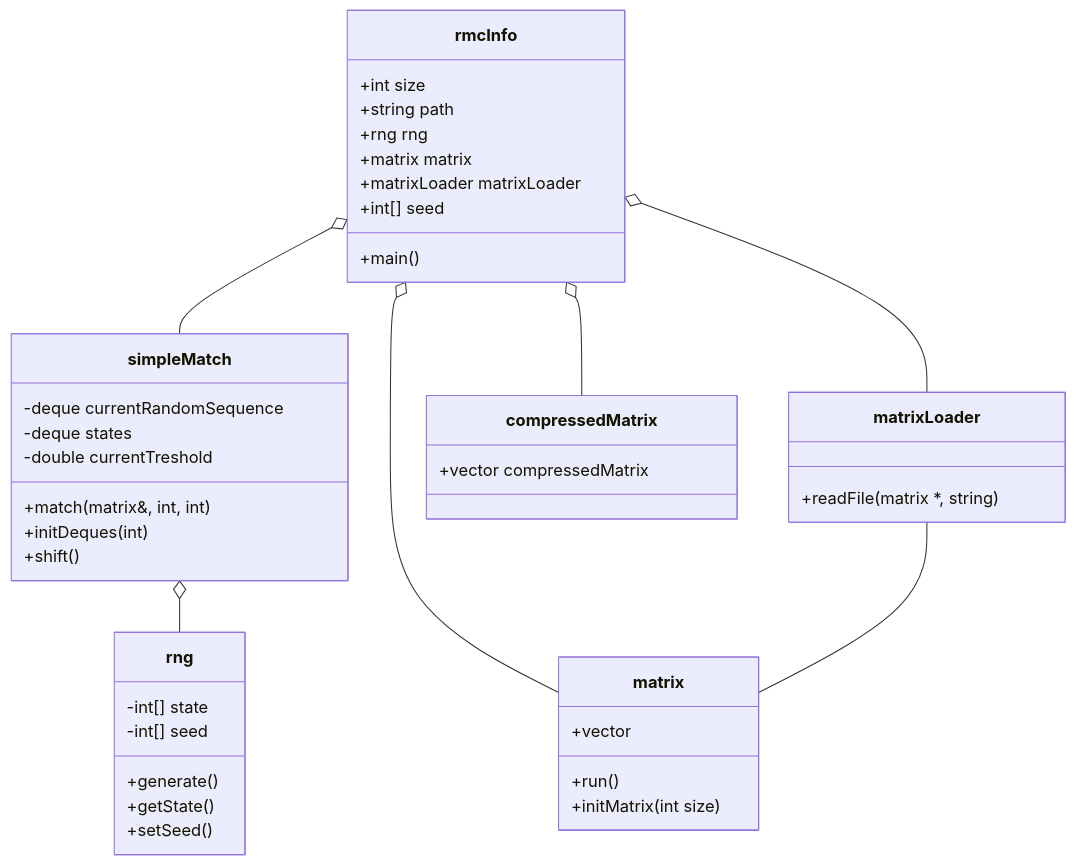
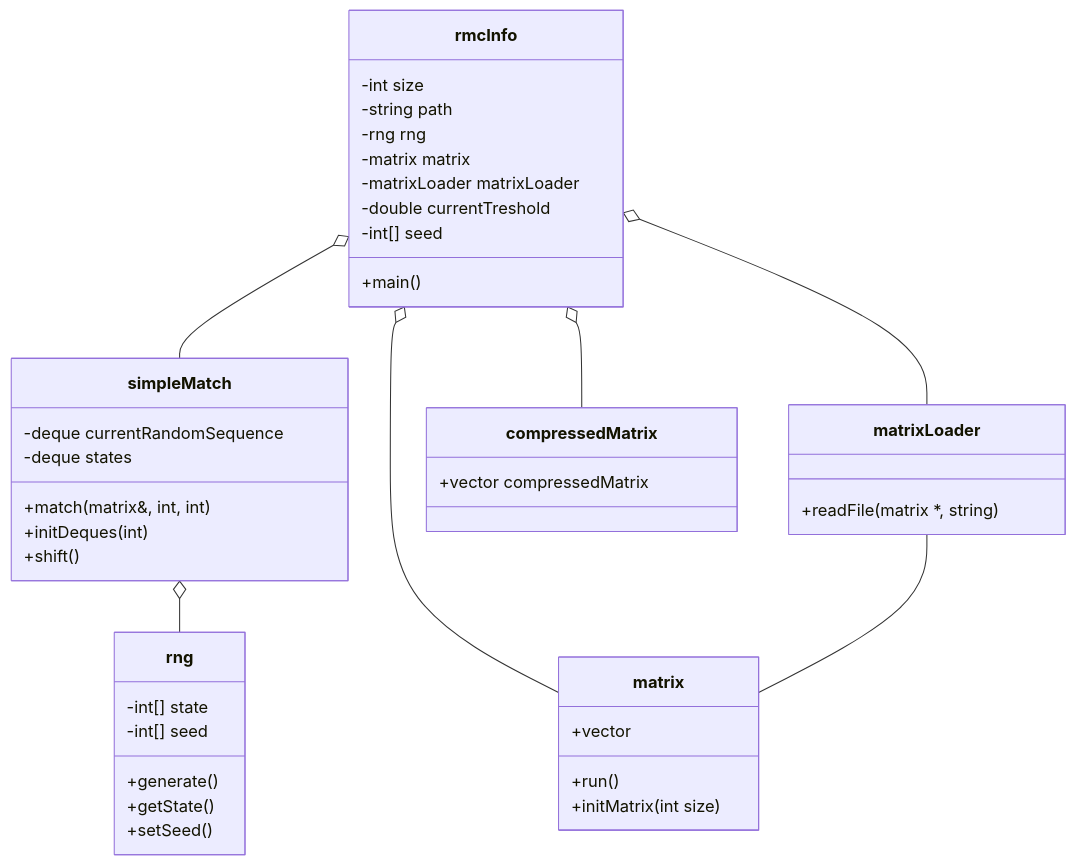
Before and after one commit to mascartcyrille/rmc-info: the diagram in README.md, drawn with Mermaid. The commit also changed 4 other files, not shown here.

Commit message:
proba=>treshold dans main + class diagram update

````diff
--- a/README.md
+++ b/README.md
@@ -18,44 +18,44 @@
 ```mermaid
 classDiagram
       simpleMatch o-- rng
       rmcInfo o-- simpleMatch
       rmcInfo o-- matrixLoader
       rmcInfo o-- matrix
       rmcInfo o-- compressedMatrix
       matrixLoader -- matrix
       class rmcInfo{
-          +int size
-          +string path
-          +rng rng
-          +matrix matrix
-          +matrixLoader matrixLoader
-          +int[] seed
+          -int size
+          -string path
+          -rng rng
+          -matrix matrix
+          -matrixLoader matrixLoader
+          -double currentTreshold
+          -int[] seed
           +main()
       }
       class rng{
           -int[] state
           -int[] seed
           +generate()
           +getState()
           +setSeed()
       }
       class simpleMatch{
           -deque<double> currentRandomSequence
           -deque<int[]> states
-          -double currentTreshold
           +match(matrix&, int, int)
           +initDeques(int)
           +shift()
       }
       class matrix{
           +vector<int>
           +run()
           +initMatrix(int size)
       }
       class matrixLoader{
           +readFile(matrix *, string)
       }
       class compressedMatrix{
           +vector<int[]> compressedMatrix
       }
 ```
````
